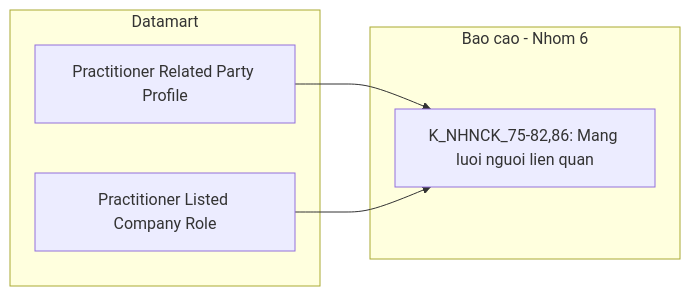
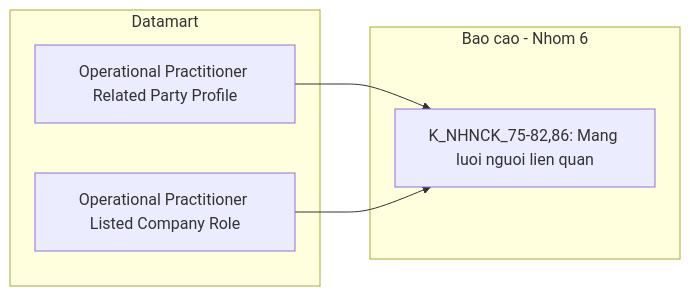
Diagram 25 of 40 in Datamart/hld/DTM_NHNCK_HLD.md (linhlvit/ubck_atomic_design), drawn with Mermaid before and after one commit. The commit also changed other lines of this file and 52 other files, not shown here.

````diff
--- a/Datamart/hld/DTM_NHNCK_HLD.md
+++ b/Datamart/hld/DTM_NHNCK_HLD.md
@@ -1052,12 +1052,12 @@
 ```mermaid
 flowchart LR
     subgraph Datamart["Datamart"]
-        G1["Practitioner Related Party Profile"]
-        G2["Practitioner Listed Company Role"]
+        G1["Operational Practitioner Related Party Profile"]
+        G2["Operational Practitioner Listed Company Role"]
     end
     subgraph RPT["Bao cao - Nhom 6"]
         R1["K_NHNCK_75-82,86: Mang luoi nguoi lien quan"]
     end
     G1 --> R1
     G2 --> R1
 ```
````
